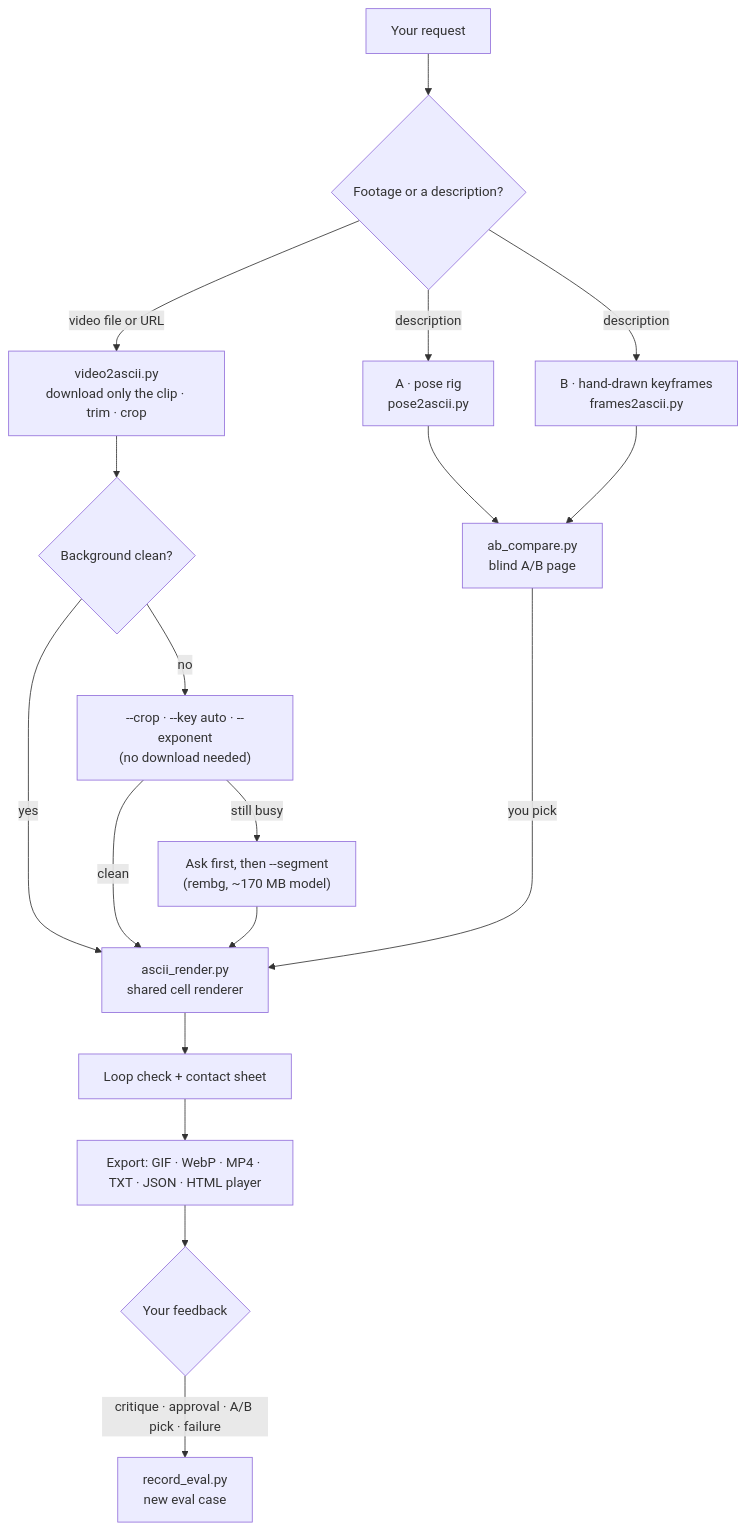
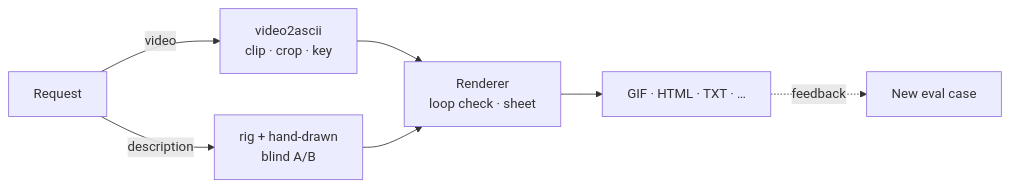
One commit to amrevr/asciify changed the diagram in README.md. Above: the diagram before and after it, drawn with Mermaid.

Commit message:
README: compact the workflow diagram

````diff
--- a/README.md
+++ b/README.md
@@ -9,23 +9,9 @@
 ```mermaid
-flowchart TD
-    REQ["Your request"] --> ROUTE{"Footage or a description?"}
-
-    ROUTE -->|"video file or URL"| V["video2ascii.py<br/>download only the clip · trim · crop"]
-    V --> BG{"Background clean?"}
-    BG -->|"yes"| R
-    BG -->|"no"| KEY["--crop · --key auto · --exponent<br/>(no download needed)"]
-    KEY -->|"clean"| R
-    KEY -->|"still busy"| ASK["Ask first, then --segment<br/>(rembg, ~170 MB model)"]
-    ASK --> R
-
-    ROUTE -->|"description"| A["A · pose rig<br/>pose2ascii.py"]
-    ROUTE -->|"description"| B["B · hand-drawn keyframes<br/>frames2ascii.py"]
-    A --> AB["ab_compare.py<br/>blind A/B page"]
-    B --> AB
-    AB -->|"you pick"| R
-
-    R["ascii_render.py<br/>shared cell renderer"] --> LOOP["Loop check + contact sheet"]
-    LOOP --> OUT["Export: GIF · WebP · MP4 · TXT · JSON · HTML player"]
-    OUT --> FB{"Your feedback"}
-    FB -->|"critique · approval · A/B pick · failure"| EVAL["record_eval.py<br/>new eval case"]
+flowchart LR
+    REQ["Request"] -->|video| V["video2ascii<br/>clip · crop · key"]
+    REQ -->|description| AB["rig + hand-drawn<br/>blind A/B"]
+    V --> R["Renderer<br/>loop check · sheet"]
+    AB --> R
+    R --> OUT["GIF · HTML · TXT · …"]
+    OUT -.->|feedback| EV["New eval case"]
 ```
````
